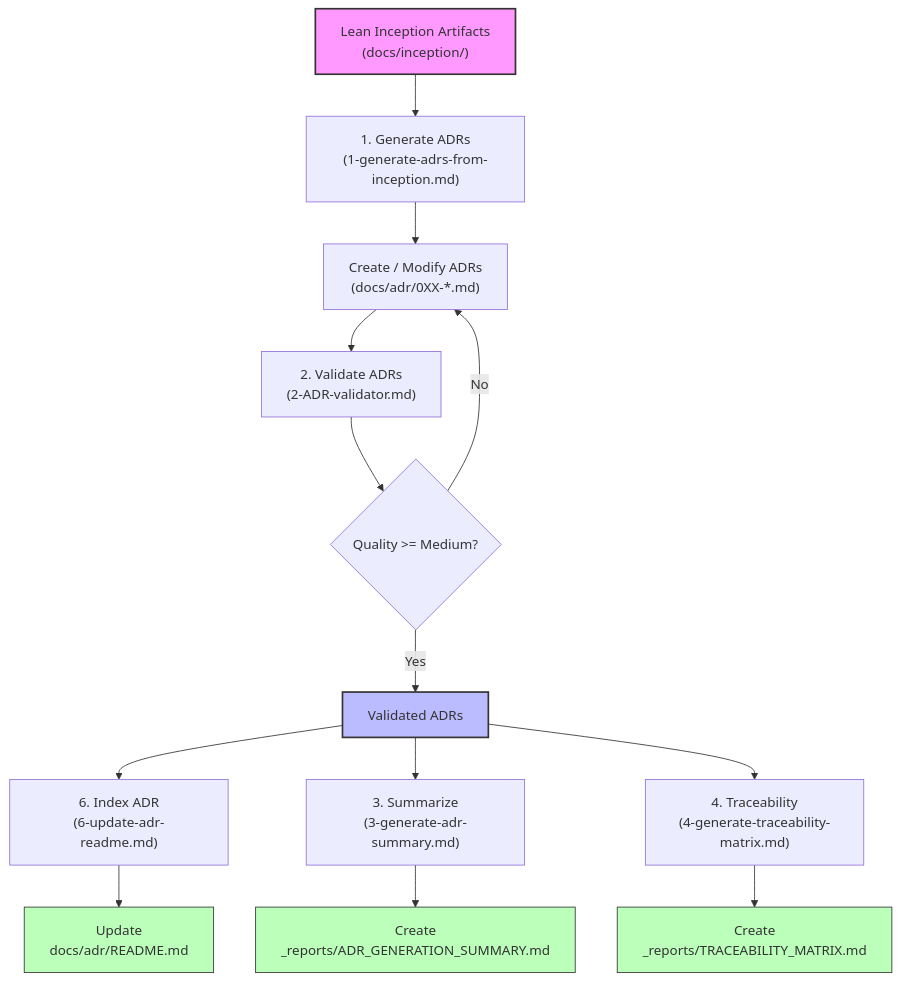
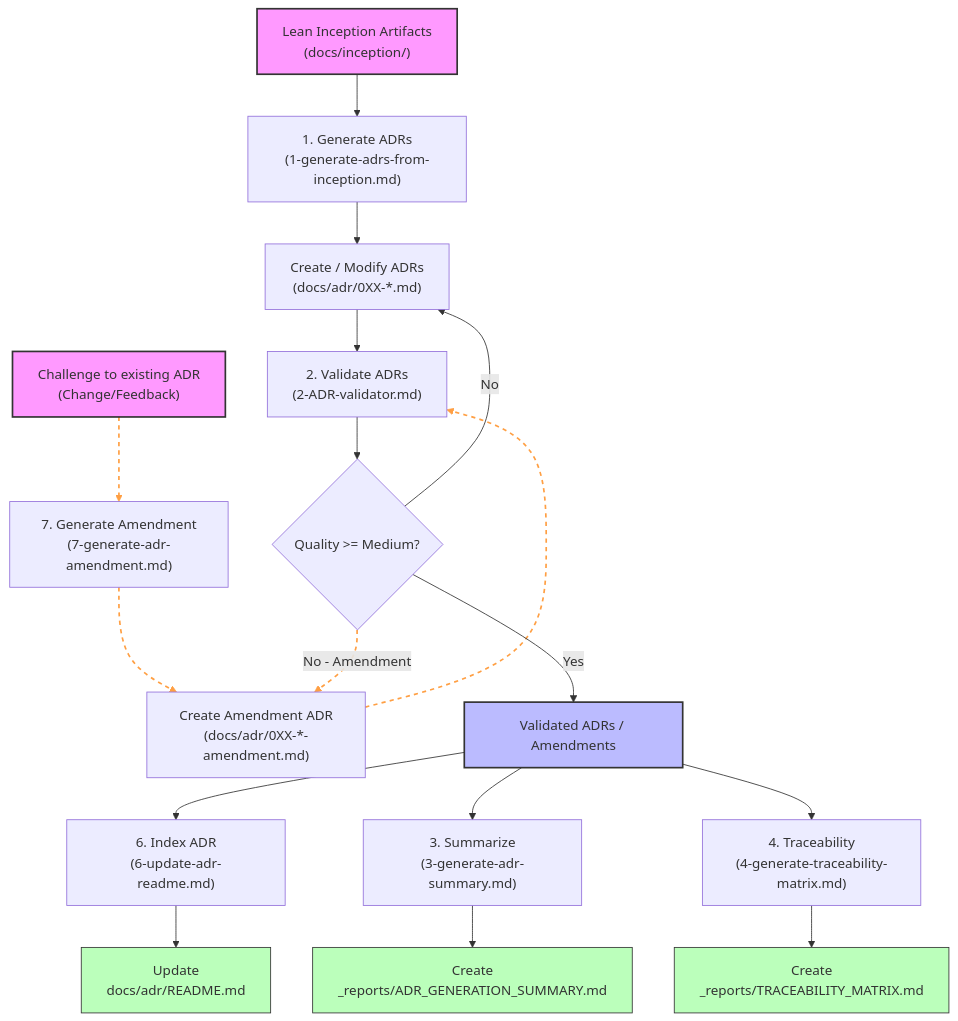
Before and after one commit to faparicior/SessioFlow: the first of 3 diagrams in docs/commands/adr/README.md, drawn with Mermaid. The commit also changed other lines of this file and 2 other files, not shown here.

Commit message:
feat: introduce amendment workflow for architectural decisions including new documentation, templates, and command guides

````diff
--- a/docs/commands/adr/README.md
+++ b/docs/commands/adr/README.md
@@ -13,25 +13,37 @@
 ```mermaid
 flowchart TD
     Inception["Lean Inception Artifacts\n(docs/inception/)"] --> CMD1["1. Generate ADRs\n(1-generate-adrs-from-inception.md)"]
     CMD1 --> CreateADR["Create / Modify ADRs\n(docs/adr/0XX-*.md)"]
+    
+    Challenge["Challenge to existing ADR\n(Change/Feedback)"] --> CMD7["7. Generate Amendment\n(7-generate-adr-amendment.md)"]
+    CMD7 --> CreateAmend["Create Amendment ADR\n(docs/adr/0XX-*-amendment.md)"]
+    
     CreateADR --> CMD2["2. Validate ADRs\n(2-ADR-validator.md)"]
+    CreateAmend --> CMD2
     
     CMD2 --> CheckQuality{"Quality >= Medium?"}
     CheckQuality -->|No| CreateADR
+    CheckQuality -->|No - Amendment| CreateAmend
     
-    CheckQuality -->|Yes| ApprovedADR["Validated ADRs"]
+    CheckQuality -->|Yes| ApprovedADR["Validated ADRs / Amendments"]
     
     ApprovedADR --> CMD6["6. Index ADR\n(6-update-adr-readme.md)"]
     ApprovedADR --> CMD3["3. Summarize\n(3-generate-adr-summary.md)"]
     ApprovedADR --> CMD4["4. Traceability\n(4-generate-traceability-matrix.md)"]
     
     CMD6 --> README["Update\ndocs/adr/README.md"]
     CMD3 --> Summary["Create\n_reports/ADR_GENERATION_SUMMARY.md"]
     CMD4 --> Trace["Create\n_reports/TRACEABILITY_MATRIX.md"]
 
     style Inception fill:#f9f,stroke:#333,stroke-width:2px
+    style Challenge fill:#f9f,stroke:#333,stroke-width:2px
     style ApprovedADR fill:#bbf,stroke:#333,stroke-width:2px
     style README fill:#bfb,stroke:#333,stroke-width:1px
     style Summary fill:#bfb,stroke:#333,stroke-width:1px
     style Trace fill:#bfb,stroke:#333,stroke-width:1px
+
+    linkStyle 2 stroke:#ff9f43,stroke-width:2px,stroke-dasharray: 5 5;
+    linkStyle 3 stroke:#ff9f43,stroke-width:2px,stroke-dasharray: 5 5;
+    linkStyle 5 stroke:#ff9f43,stroke-width:2px,stroke-dasharray: 5 5;
+    linkStyle 8 stroke:#ff9f43,stroke-width:2px,stroke-dasharray: 5 5;
 ```
````
